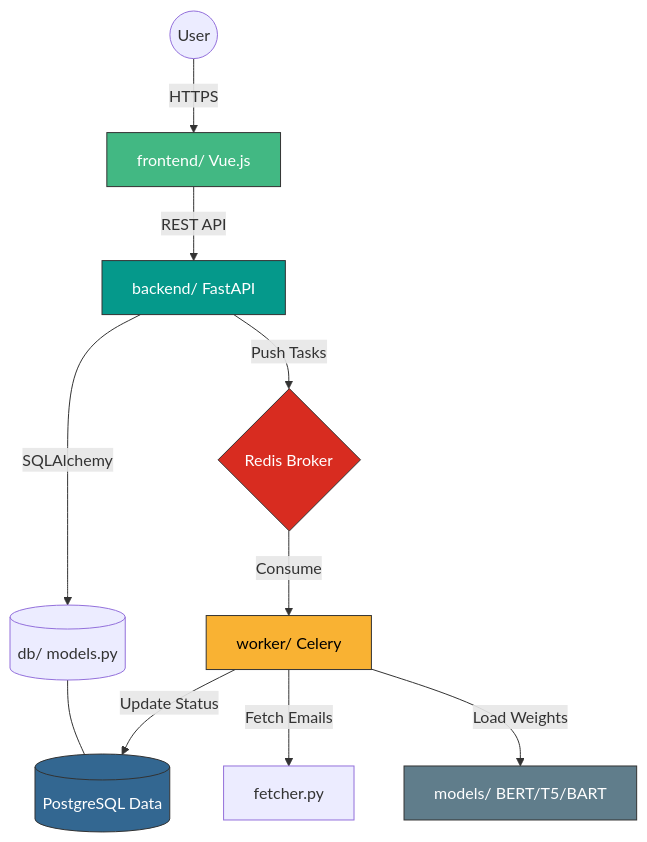
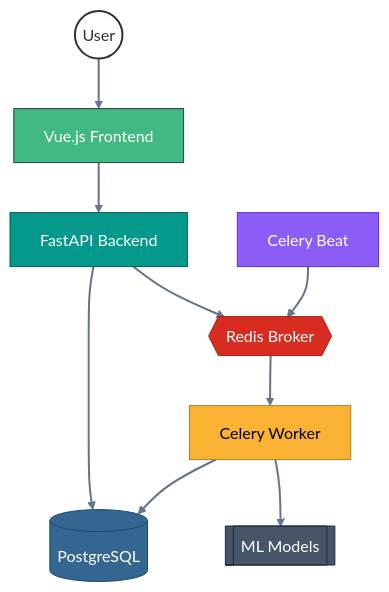
The diagram in README.md (aadium/intellinbox), drawn with Mermaid before and after one commit.

````diff
--- a/README.md
+++ b/README.md
@@ -54,31 +54,36 @@
 ```mermaid
 graph TD
-    %% User Interaction
-    User((User)) -->|HTTPS| FE[frontend/ Vue.js]
+    %% Root
+    User((User))
     
-    %% API Layer
-    FE -->|REST API| BE[backend/ FastAPI]
+    %% Branch 1: Frontend
+    User --> FE[Vue.js Frontend]
     
-    %% Database & Persistence
-    BE -->|SQLAlchemy| DB_MODELS[(db/ models.py)]
-    DB_MODELS --- PSQL[(PostgreSQL Data)]
+    %% Branch 2: API
+    FE --> BE[FastAPI Backend]
     
-    %% Task Queue Logic
-    BE -->|Push Tasks| Redis{Redis Broker}
+    %% Branch 3: Orchestration & Storage
+    BE --> DB[(PostgreSQL)]
+    BE --> Redis{{Redis Broker}}
     
-    %% Worker & ML Logic
-    Redis -->|Consume| W[worker/ Celery]
-    W -->|Fetch Emails| Fetch[fetcher.py]
-    W -->|Load Weights| ML_MODELS[models/ BERT/T5/BART]
+    %% Branch 4: Async Processing
+    Beat[Celery Beat] --> Redis
+    Redis --> Worker[Celery Worker]
     
-    %% Result Storage
-    W -->|Update Status| PSQL
+    %% Branch 5: Worker Resources
+    Worker --> DB
+    Worker --> ML[[ML Models]]
 
-    %% Styling
-    style FE fill:#42b883,stroke:#333,color:#fff
-    style BE fill:#05998b,stroke:#333,color:#fff
-    style W fill:#f9b233,stroke:#333,color:#000
-    style PSQL fill:#336791,stroke:#333,color:#fff
-    style Redis fill:#d82c20,stroke:#333,color:#fff
-    style ML_MODELS fill:#607d8b,stroke:#333,color:#fff
+    %% Styling (Clean & Modern)
+    style User fill:#fff,stroke:#333,stroke-width:2px
+    style FE fill:#42b883,stroke:#2c3e50,color:#fff
+    style BE fill:#05998b,stroke:#035e55,color:#fff
+    style DB fill:#336791,stroke:#204a6e,color:#fff
+    style Redis fill:#d82c20,stroke:#a52219,color:#fff
+    style Worker fill:#f9b233,stroke:#b37e24,color:#000
+    style Beat fill:#8b5cf6,stroke:#6d28d9,color:#fff
+    style ML fill:#475569,stroke:#1e293b,color:#fff
+    
+    %% Link Styling
+    linkStyle default stroke:#64748b,stroke-width:2px,fill:none
 ```
````
